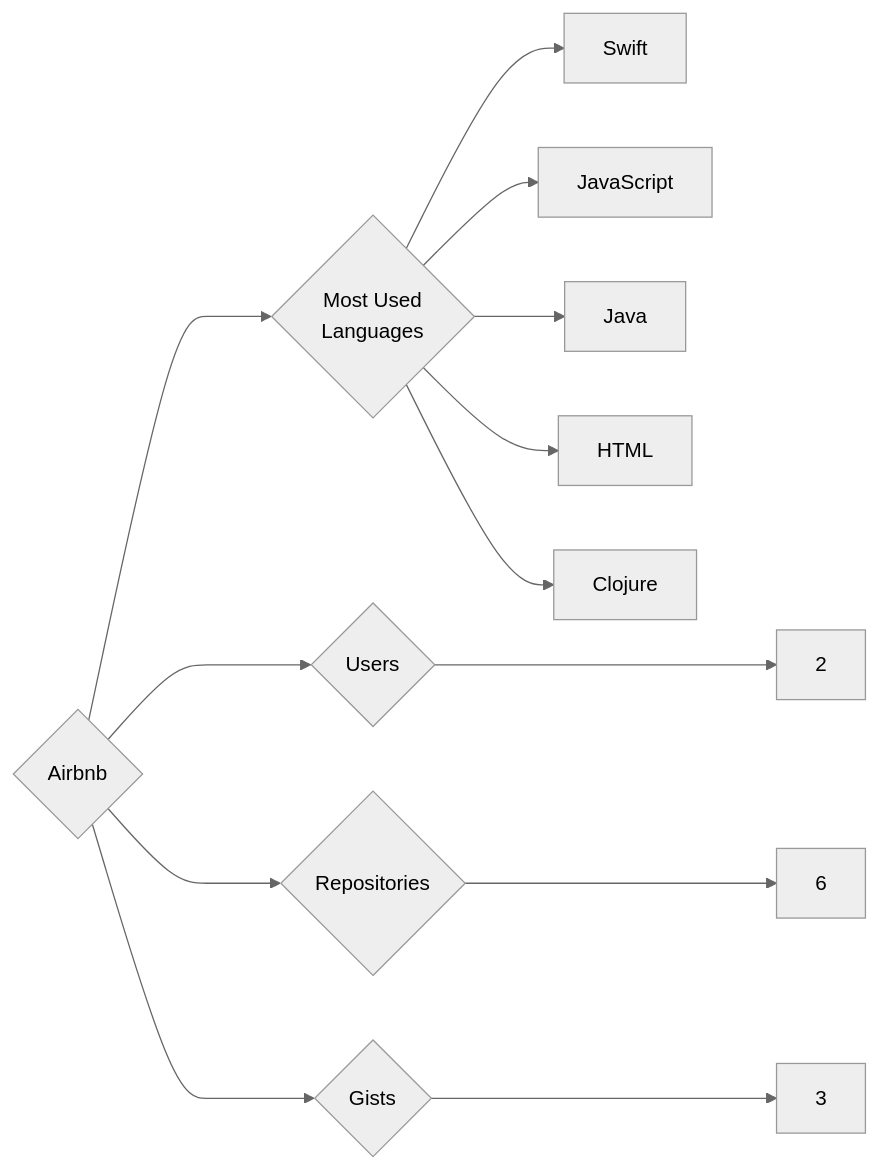
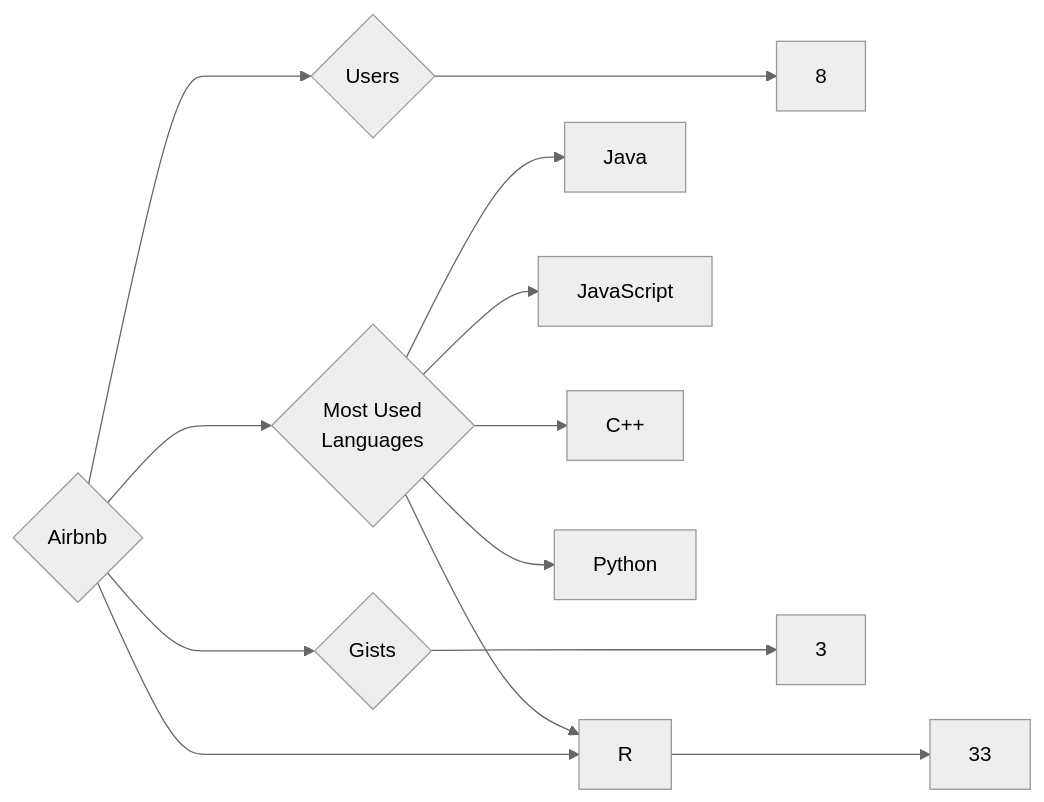
The diagram in targets/Airbnb/README.md (trickest/insiders), drawn with Mermaid (neutral theme) before and after one commit. The commit also changed 1003 other files, not shown here.

````diff
--- a/targets/Airbnb/README.md
+++ b/targets/Airbnb/README.md
@@ -3,13 +3,13 @@
 ```mermaid
 graph LR
 COMPANY_NAME{Airbnb}
-COMPANY_NAME ---> U{Users} ---> UN[2]
-COMPANY_NAME ---> R{Repositories} ---> RN[6]
+COMPANY_NAME ---> U{Users} ---> UN[8]
+COMPANY_NAME ---> R{Repositories} ---> RN[33]
 COMPANY_NAME ---> G{Gists} ---> GN[3]
 COMPANY_NAME ---> ML{Most Used<br>Languages}
-ML --> Swift[Swift]
+ML --> Java[Java]
+ML --> R[R]
 ML --> JavaScript[JavaScript]
-ML --> Java[Java]
-ML --> HTML[HTML]
-ML --> Clojure[Clojure]
+ML --> C++[C++]
+ML --> Python[Python]
 ```
````
